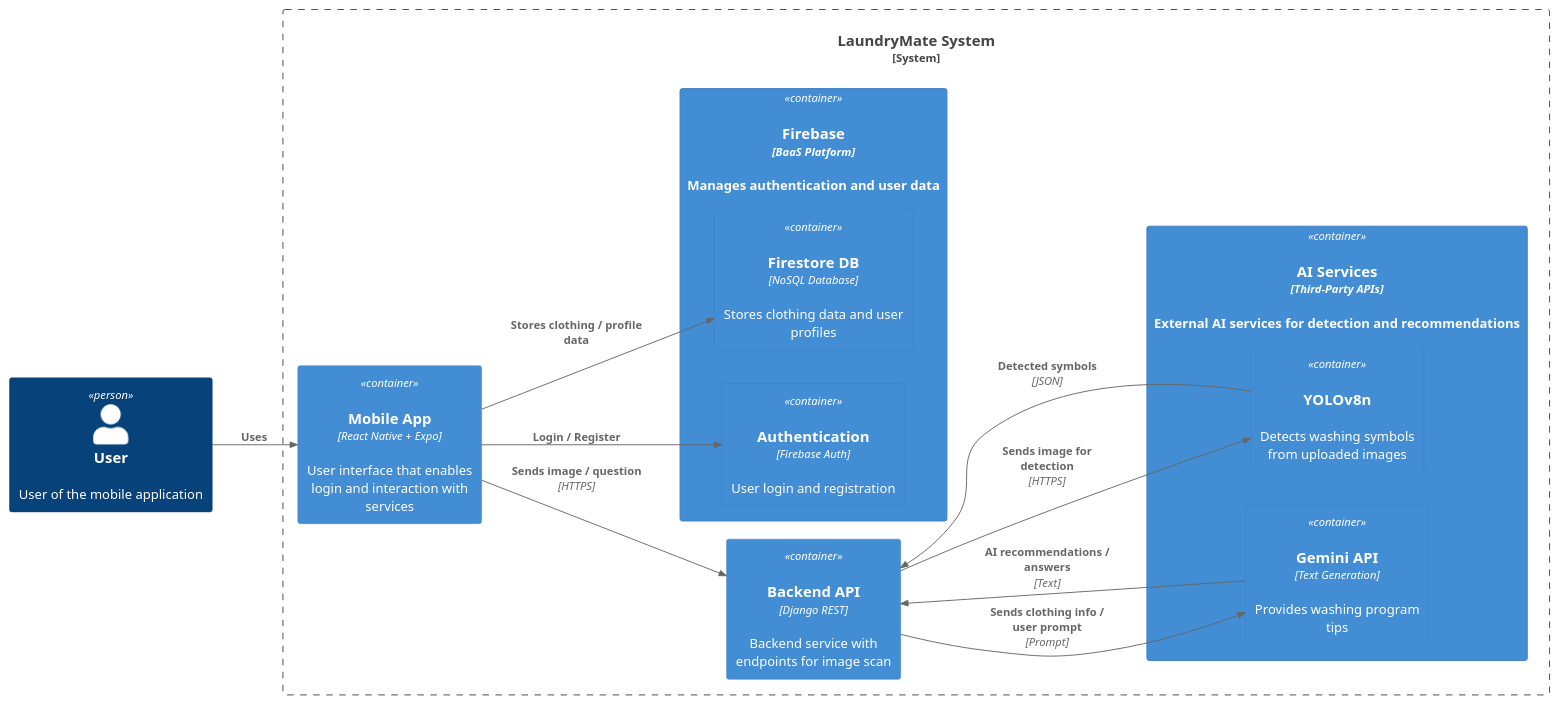
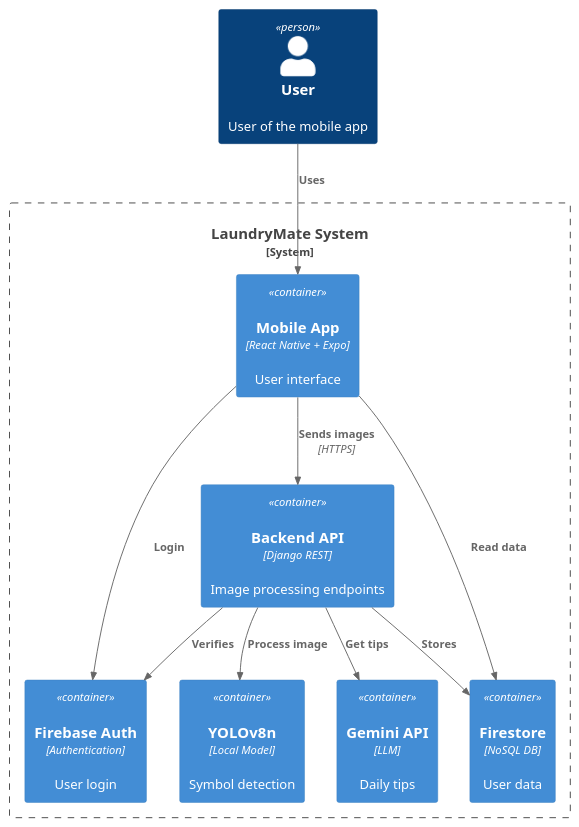
Before and after one commit to zamfiresq/LaundryMate: the diagram in LaundryMateDiagram.puml, drawn with PlantUML. The commit also changed 25 other files, not shown here.

```diff
--- a/LaundryMateDiagram.puml
+++ b/LaundryMateDiagram.puml
@@ -1,48 +1,47 @@
 @startuml LaundryMate_Container
 !includeurl https://raw.githubusercontent.com/plantuml-stdlib/C4-PlantUML/master/C4_Container.puml
 
 AddContainerTag("frontend", $bgColor="#4A90E2", $fontColor="White")
 AddContainerTag("backend", $bgColor="#50E3C2", $fontColor="Black")
 AddContainerTag("infra", $bgColor="#FFDDC1", $fontColor="Black")
 AddContainerTag("external-ai", $bgColor="#F5F5A5", $fontColor="Black")
 
-LAYOUT_LEFT_RIGHT()
+' Force top-down layout
+LAYOUT_TOP_DOWN()
 
-Person(user, "User", "User of the mobile application")
+Person(user, "User", "User of the mobile app")
 
 System_Boundary(laundrymate, "LaundryMate System") {
-
-  ' FRONTEND
-  Container(mobile, "Mobile App", "React Native + Expo", "User interface that enables login and interaction with services", "frontend")
-
-  ' BACKEND
-  Container(api, "Backend API", "Django REST", "Backend service with endpoints for image scan", "backend")
-
-  ' INFRASTRUCTURE
-  Container(firebase, "Firebase", "BaaS Platform", "Manages authentication and user data", "infra") {
-    Container(auth, "Authentication", "Firebase Auth", "User login and registration", "infra")
-    Container(db, "Firestore DB", "NoSQL Database", "Stores clothing data and user profiles", "infra")
-  }
-
-  ' EXTERNAL AI SERVICES
-  Container(ai, "AI Services", "Third-Party APIs", "External AI services for detection and recommendations", "external-ai") {
-    Container(gemini, "Gemini API", "Text Generation", "Provides washing program tips", "external-ai")
-    Container(roboflow, "YOLOv8n","", "Detects washing symbols from uploaded images", "external-ai")
-  }
+  
+  ' Row 1: Frontend
+  Container(mobile, "Mobile App", "React Native + Expo", "User interface", "frontend")
+  
+  ' Row 2: Backend
+  Container(api, "Backend API", "Django REST", "Image processing endpoints", "backend")
+  
+  ' Row 3: Infrastructure Services (side by side)
+  Container(auth, "Firebase Auth", "Authentication", "User login", "infra")
+  Container(db, "Firestore", "NoSQL DB", "User data", "infra")
+  
+  ' Row 4: AI Services (side by side)
+  Container(yolo, "YOLOv8n", "Local Model", "Symbol detection", "external-ai")
+  Container(gemini, "Gemini API", "LLM", "Daily tips", "external-ai")
 }
 
-' USER RELATIONSHIPS
-Rel(user, mobile, "Uses")
+' Relationships - vertical flow
+Rel_Down(user, mobile, "Uses")
+Rel_Down(mobile, api, "Sends images", "HTTPS")
 
-' FRONTEND RELATIONSHIPS
-Rel(mobile, auth, "Login / Register")
-Rel(mobile, db, "Stores clothing / profile data")
-Rel(mobile, api, "Sends image / question", "HTTPS")
+' Backend to Infrastructure
+Rel(api, auth, "Verifies")
+Rel(api, db, "Stores")
 
-' BACKEND ↔ AI RELATIONSHIPS
-Rel(api, roboflow, "Sends image for detection", "HTTPS")
-Rel(roboflow, api, "Detected symbols", "JSON")
-Rel(api, gemini, "Sends clothing info / user prompt", "Prompt")
-Rel(gemini, api, "AI recommendations / answers", "Text")
+' Backend to AI
+Rel_Down(api, yolo, "Process image")
+Rel_Down(api, gemini, "Get tips")
+
+' Mobile to Infrastructure  
+Rel(mobile, auth, "Login")
+Rel(mobile, db, "Read data")
 
 @enduml
```
